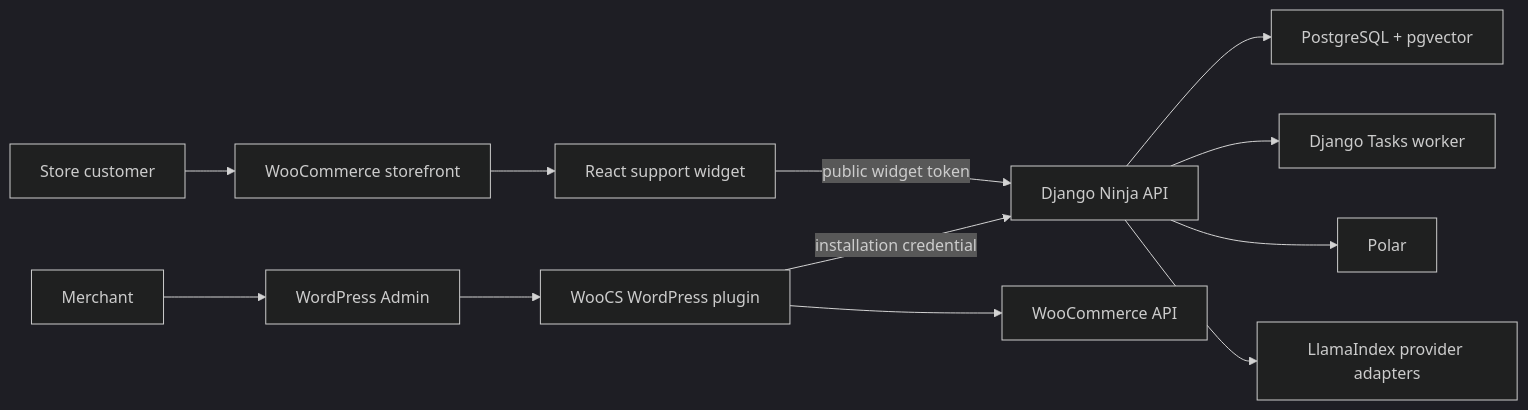
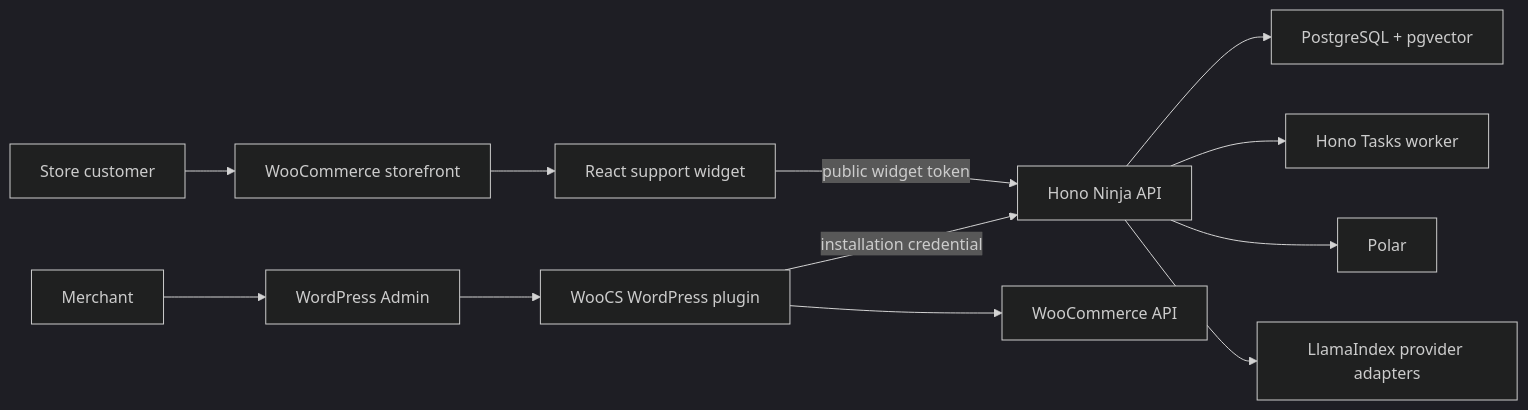
Before and after one commit to aji-pratama/woocs: the first of 8 diagrams in _docs/architecture.md, drawn with Mermaid (dark theme). The commit also changed other lines of this file and 85 other files, not shown here.

````diff
--- a/_docs/architecture.md
+++ b/_docs/architecture.md
@@ -38,17 +38,17 @@
 ```mermaid
 flowchart LR
     Merchant["Merchant"] --> WPAdmin["WordPress Admin"]
     Customer["Store customer"] --> Storefront["WooCommerce storefront"]
 
     WPAdmin --> Plugin["WooCS WordPress plugin"]
     Storefront --> Widget["React support widget"]
 
-    Plugin -->|"installation credential"| API["Django Ninja API"]
+    Plugin -->|"installation credential"| API["Hono Ninja API"]
     Widget -->|"public widget token"| API
 
     API --> DB["PostgreSQL + pgvector"]
-    API --> Tasks["Django Tasks worker"]
+    API --> Tasks["Hono Tasks worker"]
     API --> Billing["Polar"]
     Plugin --> WC["WooCommerce API"]
     API --> AI["LlamaIndex provider adapters"]
 ```
````
